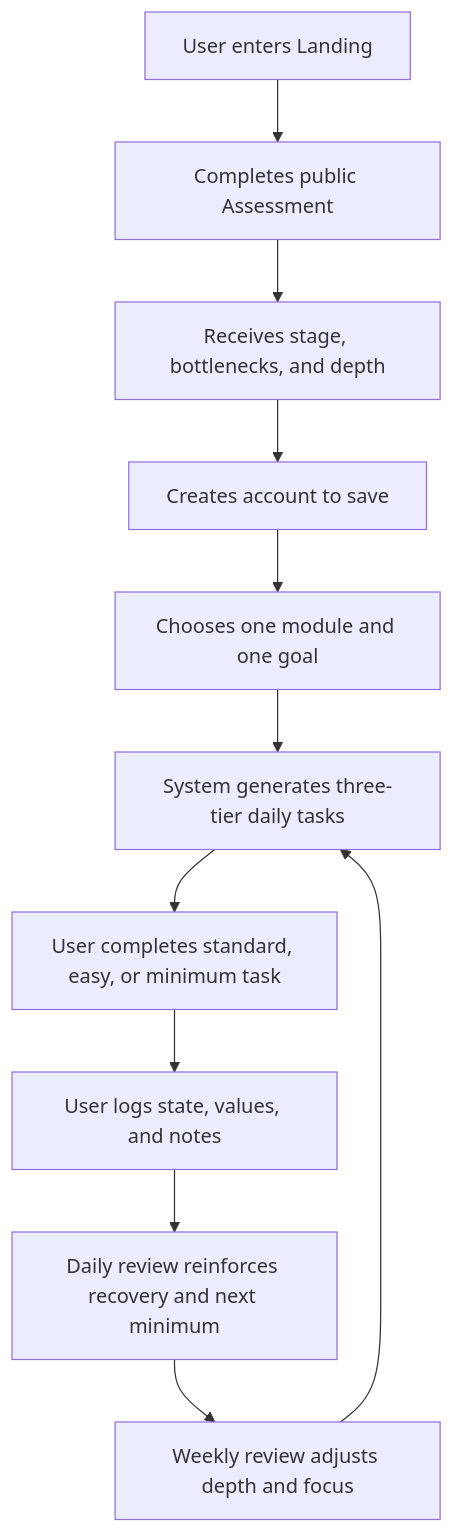
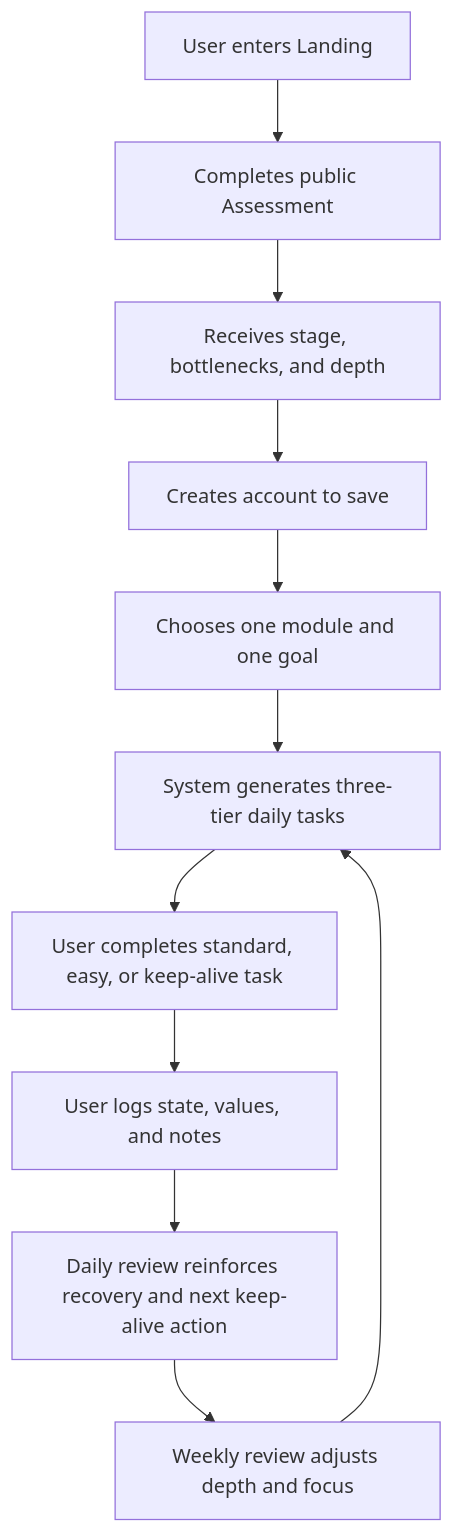
Before and after one commit to masling/StayThread: the first of 2 diagrams in docs/StayThread_PRD_Requirements_v0.5_American_English.md, drawn with Mermaid. The commit also changed other lines of this file and 18 other files, not shown here.

````diff
--- a/docs/StayThread_PRD_Requirements_v0.5_American_English.md
+++ b/docs/StayThread_PRD_Requirements_v0.5_American_English.md
@@ -137,13 +147,13 @@
 ```mermaid
 flowchart TD
   A["User enters Landing"] --> B["Completes public Assessment"]
   B --> C["Receives stage, bottlenecks, and depth"]
   C --> D["Creates account to save"]
   D --> E["Chooses one module and one goal"]
   E --> F["System generates three-tier daily tasks"]
-  F --> G["User completes standard, easy, or minimum task"]
+  F --> G["User completes standard, easy, or keep-alive task"]
   G --> H["User logs state, values, and notes"]
-  H --> I["Daily review reinforces recovery and next minimum"]
+  H --> I["Daily review reinforces recovery and next keep-alive action"]
   I --> J["Weekly review adjusts depth and focus"]
   J --> F
 ```
````
